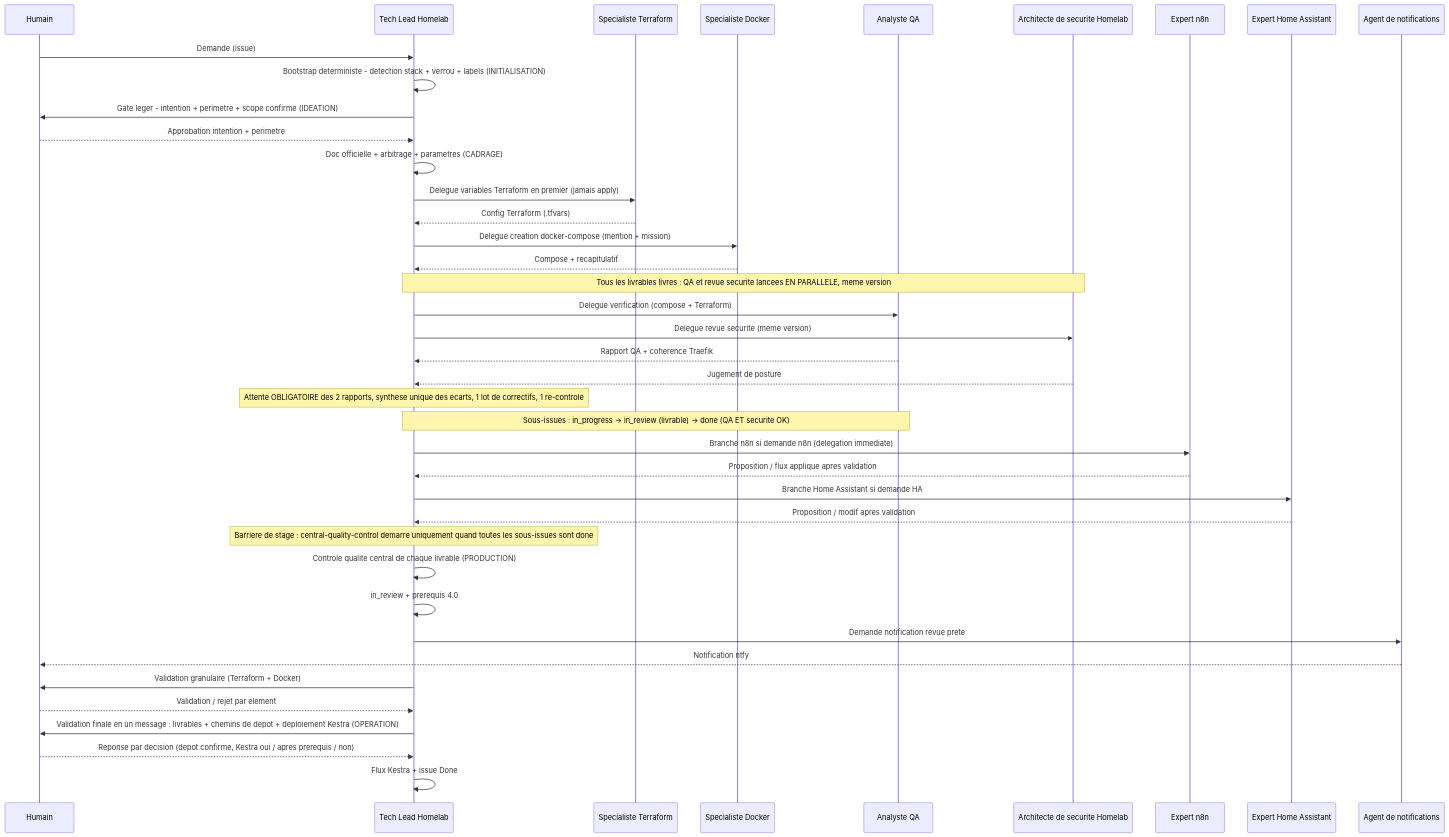
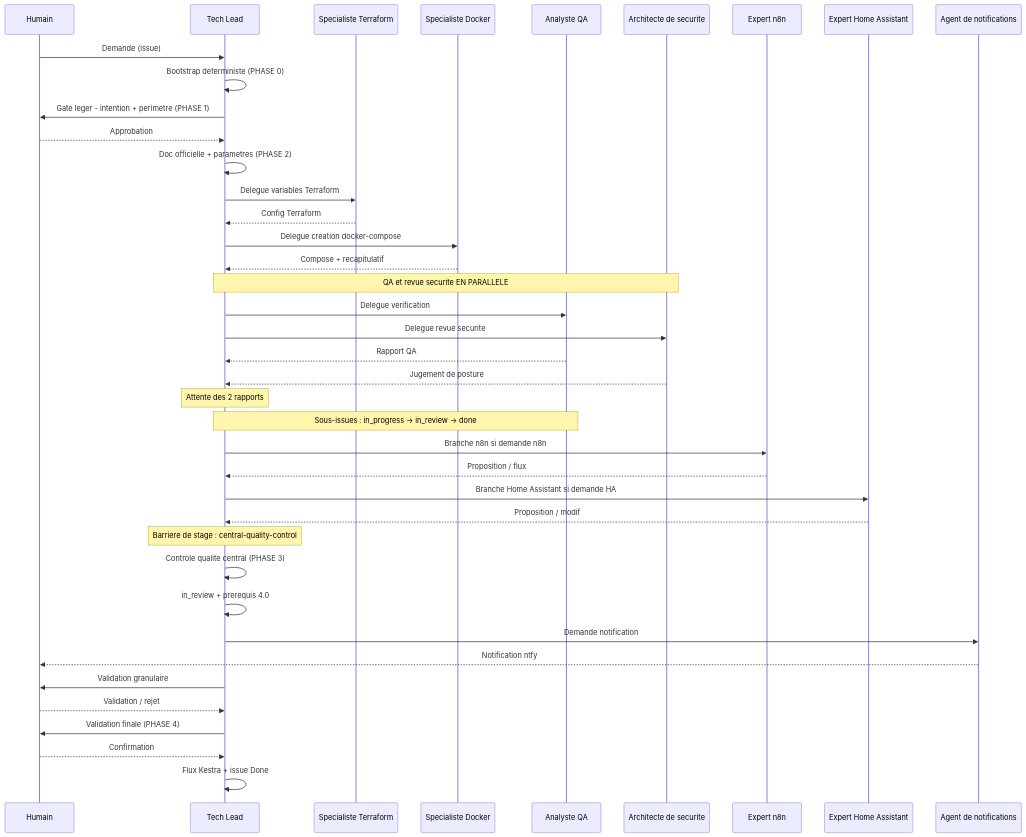
One commit to Gsyltc/homelab-portfolio changed the second of 2 diagrams in homelab/common/conductor.md. Above: the diagram before and after it, drawn with Mermaid. The commit also changed other lines of this file, not shown here.

Commit message:
refactor(homelab): révision de conductor.md (concision, redondances, structure)

````diff
--- a/homelab/common/conductor.md
+++ b/homelab/common/conductor.md
@@ -209,43 +317,43 @@
 ```mermaid
 sequenceDiagram
     participant H as Humain
-    participant S as Tech Lead Homelab
+    participant S as Tech Lead
     participant An as Specialiste Terraform
     participant B as Specialiste Docker
     participant K as Analyste QA
-    participant SA as Architecte de securite Homelab
+    participant SA as Architecte de securite
     participant M as Expert n8n
     participant Hu as Expert Home Assistant
     participant AL as Agent de notifications
 
     H->>S: Demande (issue)
-    S->>S: Bootstrap deterministe - detection stack + verrou + labels (INITIALISATION)
-    S->>H: Gate leger - intention + perimetre + scope confirme (IDEATION)
-    H-->>S: Approbation intention + perimetre
-    S->>S: Doc officielle + arbitrage + parametres (CADRAGE)
-    S->>An: Delegue variables Terraform en premier (jamais apply)
-    An-->>S: Config Terraform (.tfvars)
-    S->>B: Delegue creation docker-compose (mention + mission)
+    S->>S: Bootstrap deterministe (PHASE 0)
+    S->>H: Gate leger - intention + perimetre (PHASE 1)
+    H-->>S: Approbation
+    S->>S: Doc officielle + parametres (PHASE 2)
+    S->>An: Delegue variables Terraform
+    An-->>S: Config Terraform
+    S->>B: Delegue creation docker-compose
     B-->>S: Compose + recapitulatif
-    Note over S,SA: Tous les livrables livres : QA et revue securite lancees EN PARALLELE, meme version
-    S->>K: Delegue verification (compose + Terraform)
-    S->>SA: Delegue revue securite (meme version)
-    K-->>S: Rapport QA + coherence Traefik
+    Note over S,SA: QA et revue securite EN PARALLELE
+    S->>K: Delegue verification
+    S->>SA: Delegue revue securite
+    K-->>S: Rapport QA
     SA-->>S: Jugement de posture
-    Note over S: Attente OBLIGATOIRE des 2 rapports, synthese unique des ecarts, 1 lot de correctifs, 1 re-controle
-    Note over S,K: Sous-issues : in_progress -> in_review (livrable) -> done (QA ET securite OK)
-    S->>M: Branche n8n si demande n8n (delegation immediate)
-    M-->>S: Proposition / flux applique apres validation
+    Note over S: Attente des 2 rapports
+    Note over S,K: Sous-issues : in_progress -> in_review -> done
+    S->>M: Branche n8n si demande n8n
+    M-->>S: Proposition / flux
     S->>Hu: Branche Home Assistant si demande HA
-    Hu-->>S: Proposition / modif apres validation
-    Note over S: Barriere de stage : central-quality-control demarre uniquement quand toutes les sous-issues sont done
-    S->>S: Controle qualite central de chaque livrable (PRODUCTION)
+    Hu-->>S: Proposition / modif
+    Note over S: Barriere de stage : central-quality-control
+    S->>S: Controle qualite central (PHASE 3)
     S->>S: in_review + prerequis 4.0
-    S->>AL: Demande notification revue prete
+    S->>AL: Demande notification
     AL-->>H: Notification ntfy
-    S->>H: Validation granulaire (Terraform + Docker)
-    H-->>S: Validation / rejet par element
-    S->>H: Validation finale en un message : livrables + chemins de depot + deploiement Kestra (OPERATION)
-    H-->>S: Reponse par decision (depot confirme, Kestra oui / apres prerequis / non)
+    S->>H: Validation granulaire
+    H-->>S: Validation / rejet
+    S->>H: Validation finale (PHASE 4)
+    H-->>S: Confirmation
     S->>S: Flux Kestra + issue Done
 ```
````
